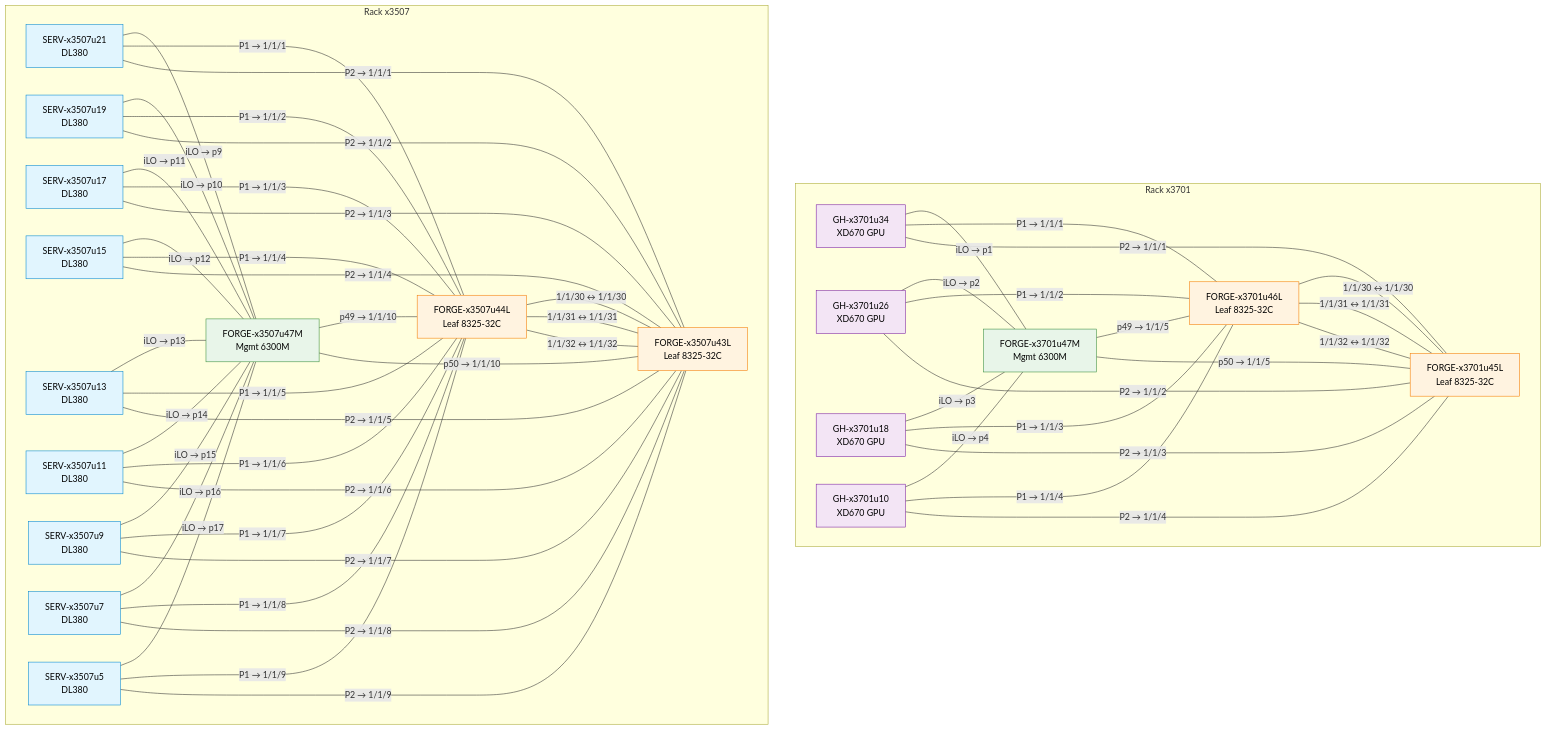
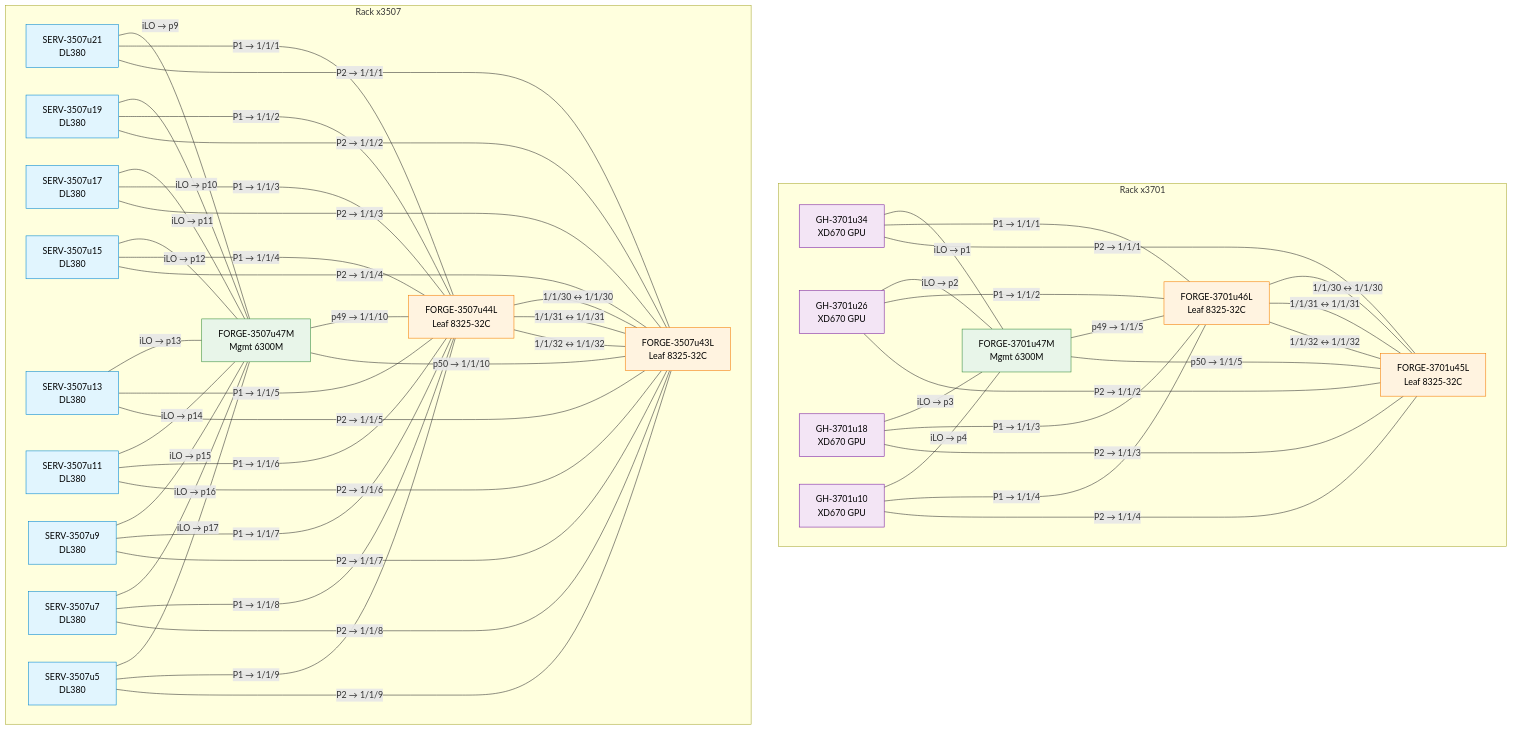
The first of 2 diagrams in gnv2.md (Cray-HPE/cani), drawn with Mermaid before and after one commit. The commit also changed other lines of this file and 2 other files, not shown here.

```diff
--- a/gnv2.md
+++ b/gnv2.md
@@ -10,28 +10,28 @@
     classDef leaf fill:#fff3e0,stroke:#f57c00,color:#000
 
     subgraph x3701["Rack x3701"]
-        GH34["GH-x3701u34\nXD670 GPU"]:::gpu
-        GH26["GH-x3701u26\nXD670 GPU"]:::gpu
-        GH18["GH-x3701u18\nXD670 GPU"]:::gpu
-        GH10["GH-x3701u10\nXD670 GPU"]:::gpu
-        FORGE3701u47M["FORGE-x3701u47M\nMgmt 6300M"]:::mgmt
-        FORGE3701u46L["FORGE-x3701u46L\nLeaf 8325-32C"]:::leaf
-        FORGE3701u45L["FORGE-x3701u45L\nLeaf 8325-32C"]:::leaf
+        GH34["GH-3701u34<br/>XD670 GPU"]:::gpu
+        GH26["GH-3701u26<br/>XD670 GPU"]:::gpu
+        GH18["GH-3701u18<br/>XD670 GPU"]:::gpu
+        GH10["GH-3701u10<br/>XD670 GPU"]:::gpu
+        FORGE3701u47M["FORGE-3701u47M<br/>Mgmt 6300M"]:::mgmt
+        FORGE3701u46L["FORGE-3701u46L<br/>Leaf 8325-32C"]:::leaf
+        FORGE3701u45L["FORGE-3701u45L<br/>Leaf 8325-32C"]:::leaf
     end
 
     subgraph x3507["Rack x3507"]
-        SERV21["SERV-x3507u21\nDL380"]:::server
-        SERV19["SERV-x3507u19\nDL380"]:::server
-        SERV17["SERV-x3507u17\nDL380"]:::server
-        SERV15["SERV-x3507u15\nDL380"]:::server
-        SERV13["SERV-x3507u13\nDL380"]:::server
-        SERV11["SERV-x3507u11\nDL380"]:::server
-        SERV9["SERV-x3507u9\nDL380"]:::server
-        SERV7["SERV-x3507u7\nDL380"]:::server
-        SERV5["SERV-x3507u5\nDL380"]:::server
-        FORGE3507u47M["FORGE-x3507u47M\nMgmt 6300M"]:::mgmt
-        FORGE3507u44L["FORGE-x3507u44L\nLeaf 8325-32C"]:::leaf
-        FORGE3507u43L["FORGE-x3507u43L\nLeaf 8325-32C"]:::leaf
+        SERV21["SERV-3507u21<br/>DL380"]:::server
+        SERV19["SERV-3507u19<br/>DL380"]:::server
+        SERV17["SERV-3507u17<br/>DL380"]:::server
+        SERV15["SERV-3507u15<br/>DL380"]:::server
+        SERV13["SERV-3507u13<br/>DL380"]:::server
+        SERV11["SERV-3507u11<br/>DL380"]:::server
+        SERV9["SERV-3507u9<br/>DL380"]:::server
+        SERV7["SERV-3507u7<br/>DL380"]:::server
+        SERV5["SERV-3507u5<br/>DL380"]:::server
+        FORGE3507u47M["FORGE-3507u47M<br/>Mgmt 6300M"]:::mgmt
+        FORGE3507u44L["FORGE-3507u44L<br/>Leaf 8325-32C"]:::leaf
+        FORGE3507u43L["FORGE-3507u43L<br/>Leaf 8325-32C"]:::leaf
     end
 
     %% ── LAYER 1: Management iLO (1GbE, CAT6) ──
```
